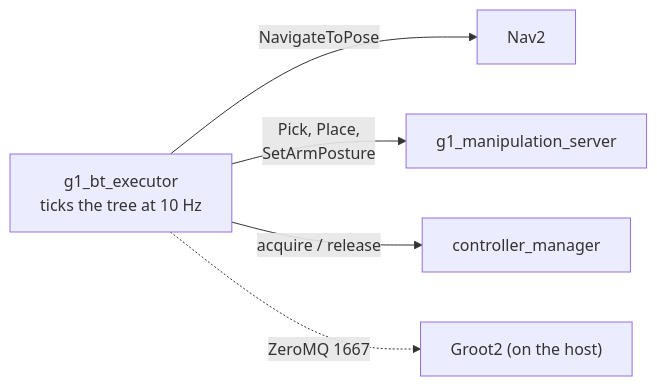
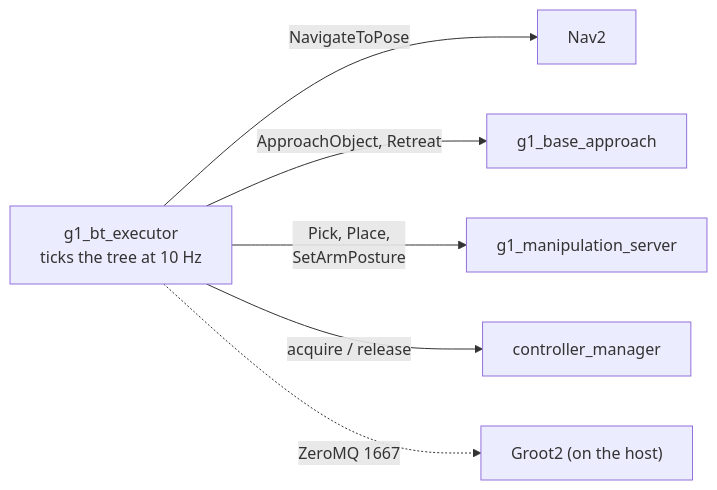
Before and after one commit to Adyansh04/grove-g1: the diagram in workspace/src/g1_orchestration/README.md, drawn with Mermaid. The commit also changed other lines of this file and 3 other files, not shown here.

Commit message:
Document the base approach across the package READMEs

````diff
--- a/workspace/src/g1_orchestration/README.md
+++ b/workspace/src/g1_orchestration/README.md
@@ -8,8 +8,9 @@
 ```mermaid
 flowchart LR
     EXE["g1_bt_executor<br/>ticks the tree at 10 Hz"]
     EXE -- "NavigateToPose" --> NAV["Nav2"]
+    EXE -- "ApproachObject, Retreat" --> BA["g1_base_approach"]
     EXE -- "Pick, Place,<br/>SetArmPosture" --> MAN["g1_manipulation_server"]
     EXE -- "acquire / release" --> CM["controller_manager"]
     EXE -. "ZeroMQ 1667" .-> G["Groot2 (on the host)"]
 ```
````
